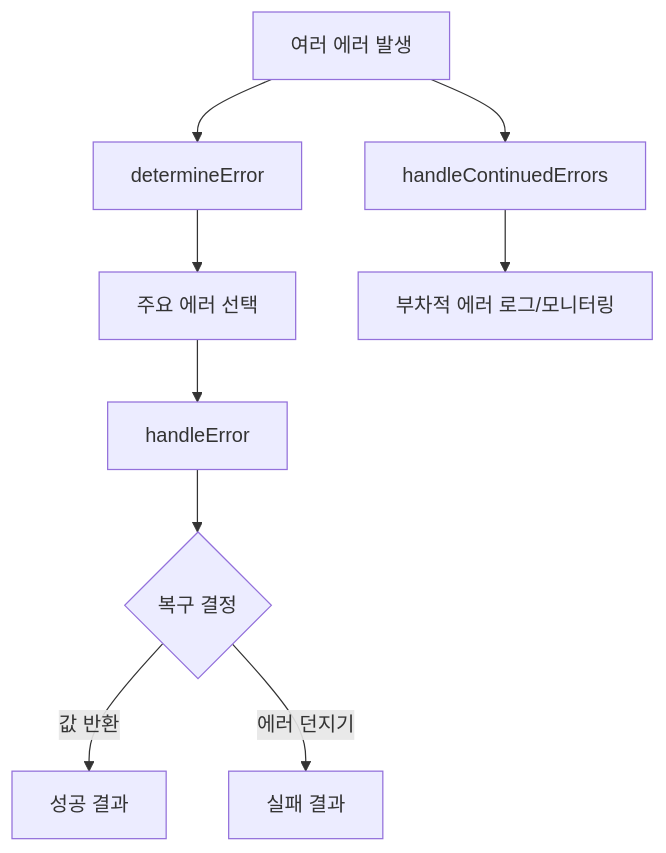
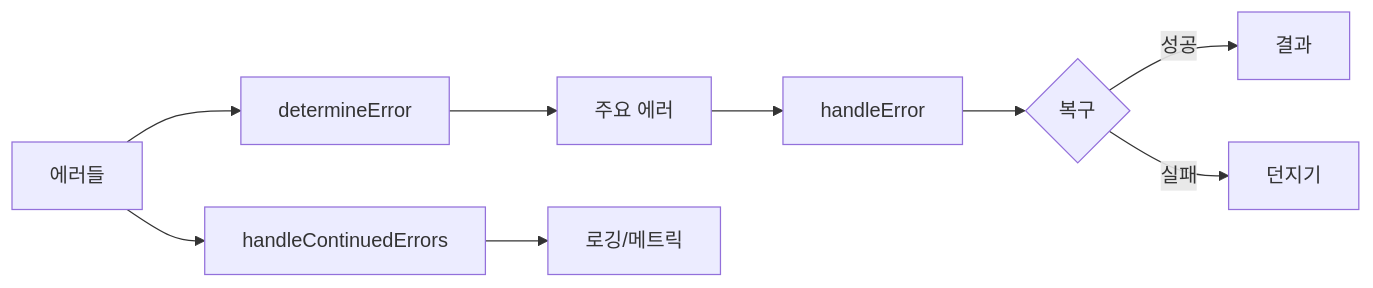
One commit to h1ylabs/next-loader changed the third of 4 diagrams in packages/promise-aop/docs/README-ko.md. Above: the diagram before and after it, drawn with Mermaid. The commit also changed other lines of this file and 18 other files, not shown here.

````diff
--- a/packages/promise-aop/docs/README-ko.md
+++ b/packages/promise-aop/docs/README-ko.md
@@ -536,12 +374,12 @@
 ```mermaid
-flowchart TD
-    A["여러 에러 발생"] --> B["determineError"]
-    B --> C["주요 에러 선택"]
-    C --> D["handleError"]
-    D --> E{"복구 결정"}
-    E -->|"값 반환"| F["성공 결과"]
-    E -->|"에러 던지기"| G["실패 결과"]
+flowchart LR
+    A[에러들] --> B[determineError]
+    B --> C[주요 에러]
+    C --> D[handleError]
+    D --> E{복구}
+    E -->|성공| F[결과]
+    E -->|실패| G[던지기]
 
-    A --> H["handleContinuedErrors"]
-    H --> I["부차적 에러 로그/모니터링"]
+    A --> H[handleContinuedErrors]
+    H --> I[로깅/메트릭]
 ```
````
